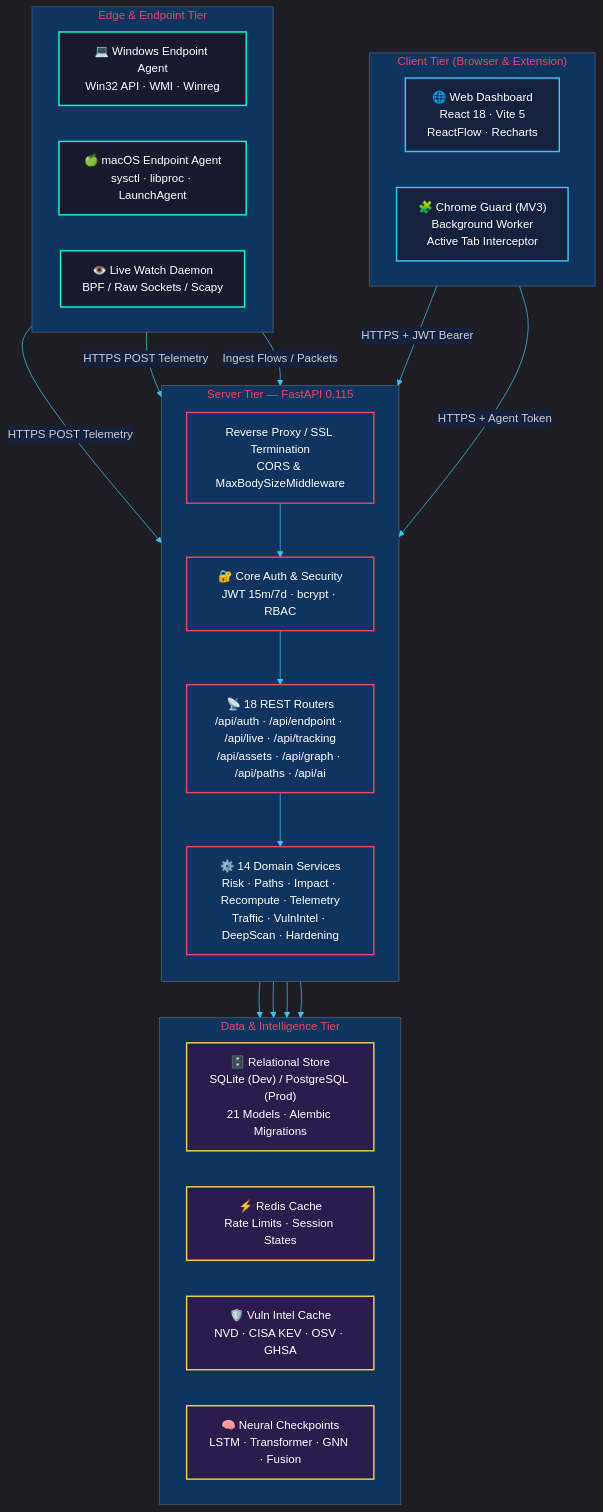
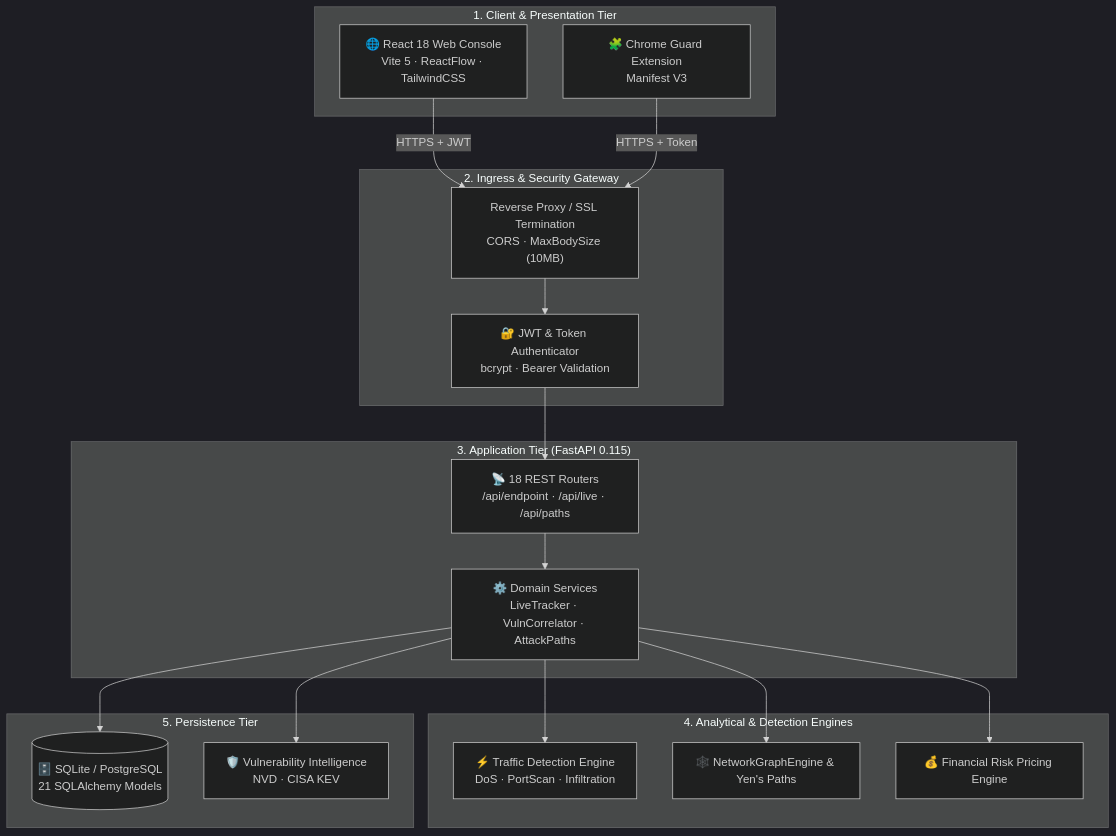
One commit to Subhadip-Paul2006/dhristi changed the first of 6 diagrams in TRD.MD. Above: the diagram before and after it, drawn with Mermaid. The commit also changed other lines of this file and 4 other files, not shown here.

````diff
--- a/TRD.MD
+++ b/TRD.MD
@@ -19,56 +68,40 @@
 ```mermaid
-%%{init: {'theme': 'dark', 'themeVariables': { 'primaryColor': '#1a1a2e', 'primaryTextColor': '#e0e0e0', 'primaryBorderColor': '#38c6f4', 'lineColor': '#38c6f4', 'secondaryColor': '#16213e', 'tertiaryColor': '#0f3460', 'background': '#0a0a1a', 'mainBkg': '#1a1a2e', 'nodeBorder': '#38c6f4', 'clusterBkg': '#0f3460', 'titleColor': '#e94560', 'edgeLabelBackground': '#16213e'}}}%%
+%%{init: {'theme': 'dark'}}%%
 flowchart TB
-    subgraph CLIENT_TIER ["Client Tier (Browser & Extension)"]
-        direction LR
-        WEB_SPA["🌐 Web Dashboard<br/>React 18 · Vite 5<br/>ReactFlow · Recharts"]
-        EXT_MV3["🧩 Chrome Guard (MV3)<br/>Background Worker<br/>Active Tab Interceptor"]
+    subgraph TIER1 ["1. Client & Presentation Tier"]
+        WEB["🌐 React 18 Web Console<br/>Vite 5 · ReactFlow · TailwindCSS"]
+        EXT["🧩 Chrome Guard Extension<br/>Manifest V3"]
     end
 
-    subgraph SERVER_TIER ["Server Tier — FastAPI 0.115"]
-        direction TB
-        GATEWAY["Reverse Proxy / SSL Termination<br/>CORS & MaxBodySizeMiddleware"]
-        AUTH_CORE["🔐 Core Auth & Security<br/>JWT 15m/7d · bcrypt · RBAC"]
-        ROUTERS["📡 18 REST Routers<br/>/api/auth · /api/endpoint · /api/live · /api/tracking<br/>/api/assets · /api/graph · /api/paths · /api/ai"]
-        SERVICES["⚙️ 14 Domain Services<br/>Risk · Paths · Impact · Recompute · Telemetry<br/>Traffic · VulnIntel · DeepScan · Hardening"]
+    subgraph TIER2 ["2. Ingress & Security Gateway"]
+        GATEWAY["Reverse Proxy / SSL Termination<br/>CORS · MaxBodySize (10MB)"]
+        AUTH_CORE["🔐 JWT & Token Authenticator<br/>bcrypt · Bearer Validation"]
     end
 
-    subgraph EDGE_TIER ["Edge & Endpoint Tier"]
-        direction LR
-        EP_WIN["💻 Windows Endpoint Agent<br/>Win32 API · WMI · Winreg"]
-        EP_MAC["🍏 macOS Endpoint Agent<br/>sysctl · libproc · LaunchAgent"]
-        NET_WATCH["👁️ Live Watch Daemon<br/>BPF / Raw Sockets / Scapy"]
+    subgraph TIER3 ["3. Application Tier (FastAPI 0.115)"]
+        ROUTERS["📡 18 REST Routers<br/>/api/endpoint · /api/live · /api/paths"]
+        SERVICES["⚙️ Domain Services<br/>LiveTracker · VulnCorrelator · AttackPaths"]
     end
 
-    subgraph DATA_TIER ["Data & Intelligence Tier"]
-        direction LR
-        DB_SQL["🗄️ Relational Store<br/>SQLite (Dev) / PostgreSQL (Prod)<br/>21 Models · Alembic Migrations"]
-        REDIS["⚡ Redis Cache<br/>Rate Limits · Session States"]
-        VULN_STORE["🛡️ Vuln Intel Cache<br/>NVD · CISA KEV · OSV · GHSA"]
-        ML_MODELS["🧠 Neural Checkpoints<br/>LSTM · Transformer · GNN · Fusion"]
+    subgraph TIER4 ["4. Analytical & Detection Engines"]
+        DETECT["⚡ Traffic Detection Engine<br/>DoS · PortScan · Infiltration"]
+        GRAPH_ENG["🕸️ NetworkGraphEngine & Yen's Paths"]
+        RISK_ENG["💰 Financial Risk Pricing Engine"]
     end
 
-    WEB_SPA -->|HTTPS + JWT Bearer| GATEWAY
-    EXT_MV3 -->|HTTPS + Agent Token| GATEWAY
+    subgraph TIER5 ["5. Persistence Tier"]
+        SQL_DB[(🗄️ SQLite / PostgreSQL<br/>21 SQLAlchemy Models)]
+        INTEL_STORE["🛡️ Vulnerability Intelligence<br/>NVD · CISA KEV"]
+    end
+
+    WEB -->|HTTPS + JWT| GATEWAY
+    EXT -->|HTTPS + Token| GATEWAY
     GATEWAY --> AUTH_CORE
     AUTH_CORE --> ROUTERS
     ROUTERS --> SERVICES
-    SERVICES --> DB_SQL
-    SERVICES --> REDIS
-    SERVICES --> VULN_STORE
-    SERVICES --> ML_MODELS
-
-    EP_WIN -->|HTTPS POST Telemetry| ROUTERS
-    EP_MAC -->|HTTPS POST Telemetry| ROUTERS
-    NET_WATCH -->|Ingest Flows / Packets| ROUTERS
-
-    classDef cliStyle fill:#16213e,stroke:#38c6f4,stroke-width:2px,color:#fff;
-    classDef srvStyle fill:#0f3460,stroke:#e94560,stroke-width:2px,color:#fff;
-    classDef edgStyle fill:#1a1a2e,stroke:#00ffcc,stroke-width:2px,color:#fff;
-    classDef datStyle fill:#2c1b4d,stroke:#f4d03f,stroke-width:2px,color:#fff;
-
-    class WEB_SPA,EXT_MV3 cliStyle;
-    class GATEWAY,AUTH_CORE,ROUTERS,SERVICES srvStyle;
-    class EP_WIN,EP_MAC,NET_WATCH edgStyle;
-    class DB_SQL,REDIS,VULN_STORE,ML_MODELS datStyle;
+    SERVICES --> DETECT
+    SERVICES --> GRAPH_ENG
+    SERVICES --> RISK_ENG
+    SERVICES --> SQL_DB
+    SERVICES --> INTEL_STORE
 ```
````
